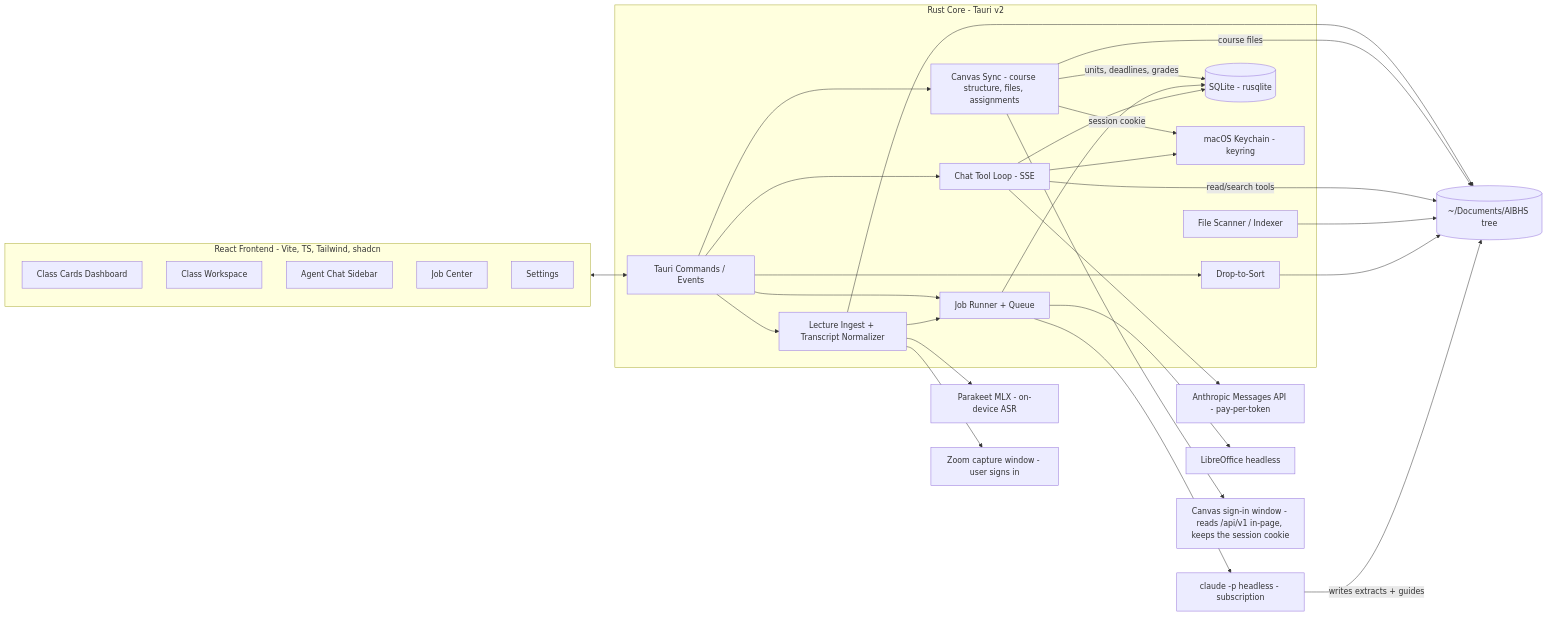
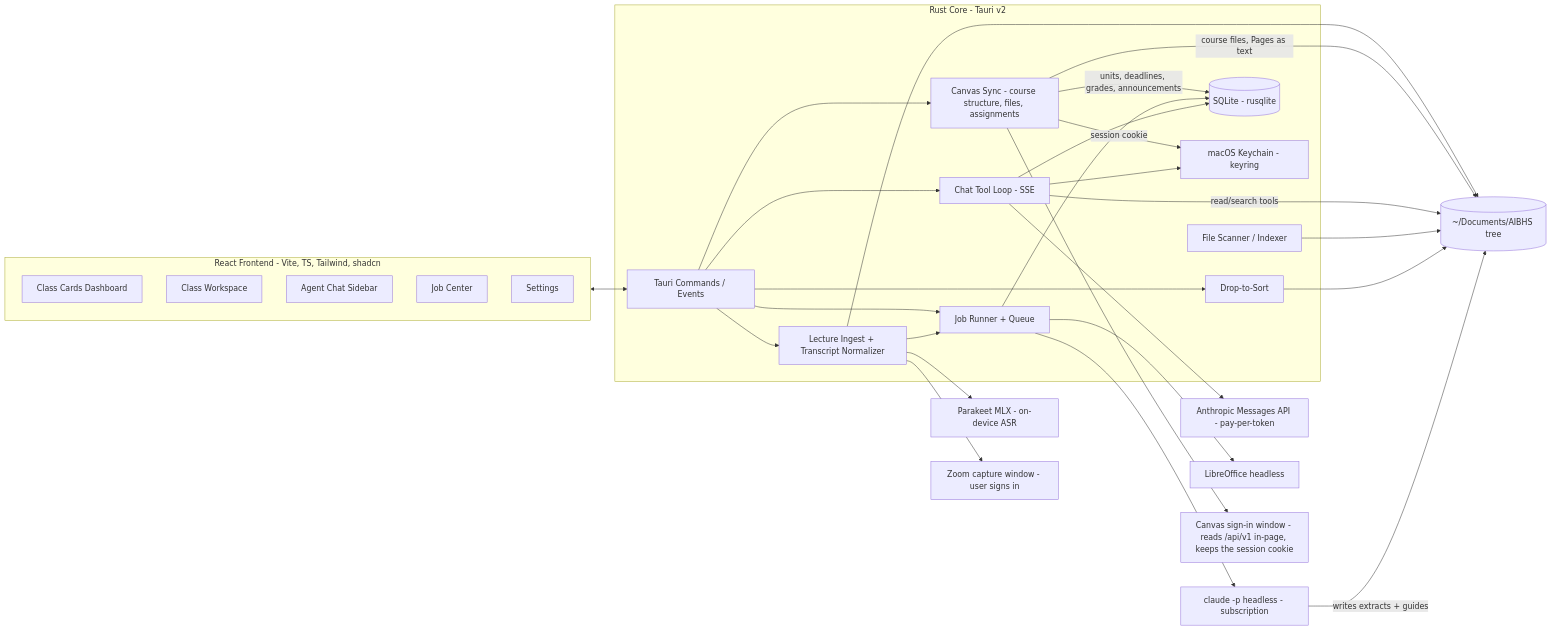
The diagram in SPEC.md (scalinity/ClassHub), drawn with Mermaid before and after one commit. The commit also changed other lines of this file and 16 other files, not shown here.

First line of the commit message:
feat(canvas): read announcements, Pages and the syllabus page; sync on launch

````diff
--- a/SPEC.md
+++ b/SPEC.md
@@ -183,53 +200,53 @@
 ```mermaid
 flowchart LR
     subgraph ui [React Frontend - Vite, TS, Tailwind, shadcn]
         Dashboard[Class Cards Dashboard]
         ClassView[Class Workspace]
         ChatSidebar[Agent Chat Sidebar]
         JobCenter[Job Center]
         Settings[Settings]
     end
     subgraph rust [Rust Core - Tauri v2]
         Cmds[Tauri Commands / Events]
         Jobs[Job Runner + Queue]
         ChatLoop[Chat Tool Loop - SSE]
         Sorter[Drop-to-Sort]
         Scanner[File Scanner / Indexer]
         Lectures[Lecture Ingest + Transcript Normalizer]
         Canvas[Canvas Sync - course structure, files, assignments]
         DB[(SQLite - rusqlite)]
         Keychain[macOS Keychain - keyring]
     end
     AIBHS[(~/Documents/AIBHS tree)]
     CLI[claude -p headless - subscription]
     API[Anthropic Messages API - pay-per-token]
     LO[LibreOffice headless]
     PK[Parakeet MLX - on-device ASR]
     ZM[Zoom capture window - user signs in]
     CV[Canvas sign-in window - reads /api/v1 in-page, keeps the session cookie]
 
     ui <--> Cmds
     Cmds --> Jobs
     Cmds --> ChatLoop
     Cmds --> Sorter
     Cmds --> Lectures
     Lectures --> PK
     Lectures --> ZM
     Lectures --> AIBHS
     Lectures --> Jobs
     Cmds --> Canvas
     Canvas --> CV
     Canvas -->|session cookie| Keychain
-    Canvas -->|units, deadlines, grades| DB
-    Canvas -->|course files| AIBHS
+    Canvas -->|units, deadlines, grades, announcements| DB
+    Canvas -->|course files, Pages as text| AIBHS
     Jobs --> CLI
     Jobs --> LO
     ChatLoop --> API
     ChatLoop -->|read/search tools| AIBHS
     Scanner --> AIBHS
     Sorter --> AIBHS
     CLI -->|writes extracts + guides| AIBHS
     Jobs --> DB
     ChatLoop --> DB
     ChatLoop --> Keychain
 ```
````
